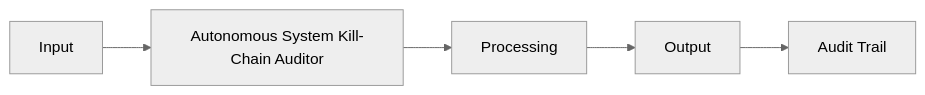
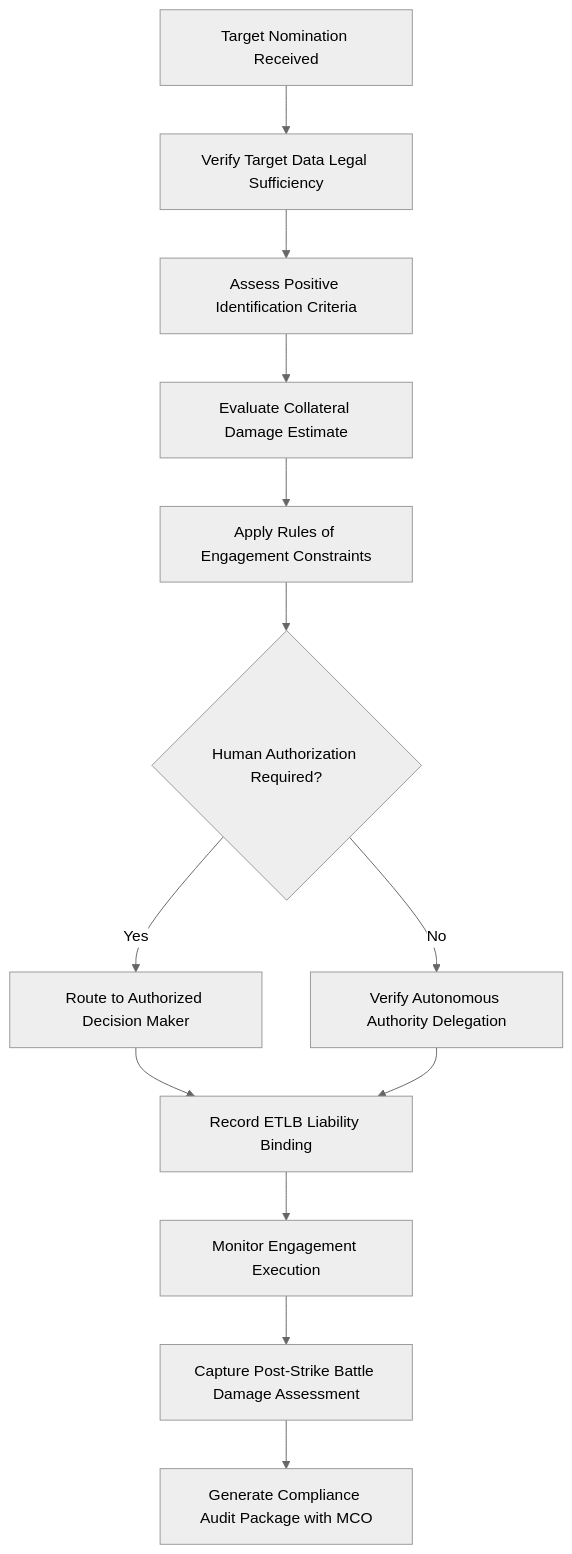
Before and after one commit to andrew-leo-2024/marketplace-docs: the diagram in docs/audiences/02-defense-security/autonomous-system-kill-chain-auditor.mdx, drawn with Mermaid (neutral theme). The commit also changed other lines of this file and 401 other files, not shown here.

````diff
--- a/docs/audiences/02-defense-security/autonomous-system-kill-chain-auditor.mdx
+++ b/docs/audiences/02-defense-security/autonomous-system-kill-chain-auditor.mdx
@@ -29,7 +35,15 @@
 ```mermaid
-graph LR
-    A[Input] --> B[Autonomous System Kill-Chain Auditor]
-    B --> C[Processing]
-    C --> D[Output]
-    D --> E[Audit Trail]
+graph TD
+    A[Target Nomination Received] --> B[Verify Target Data Legal Sufficiency]
+    B --> C[Assess Positive Identification Criteria]
+    C --> D[Evaluate Collateral Damage Estimate]
+    D --> E[Apply Rules of Engagement Constraints]
+    E --> F{Human Authorization Required?}
+    F -->|Yes| G[Route to Authorized Decision Maker]
+    F -->|No| H[Verify Autonomous Authority Delegation]
+    G --> I[Record ETLB Liability Binding]
+    H --> I
+    I --> J[Monitor Engagement Execution]
+    J --> K[Capture Post-Strike Battle Damage Assessment]
+    K --> L[Generate Compliance Audit Package with MCO]
 ```
````
